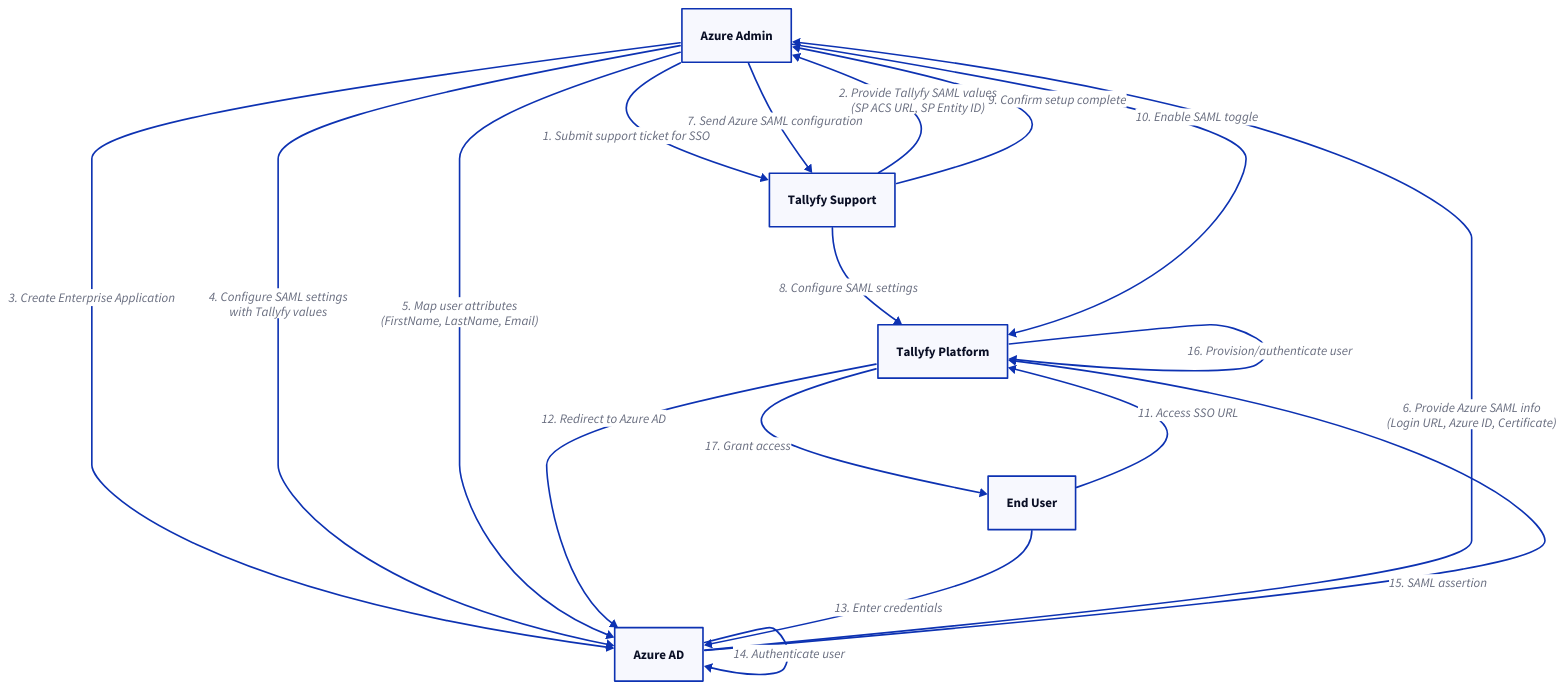
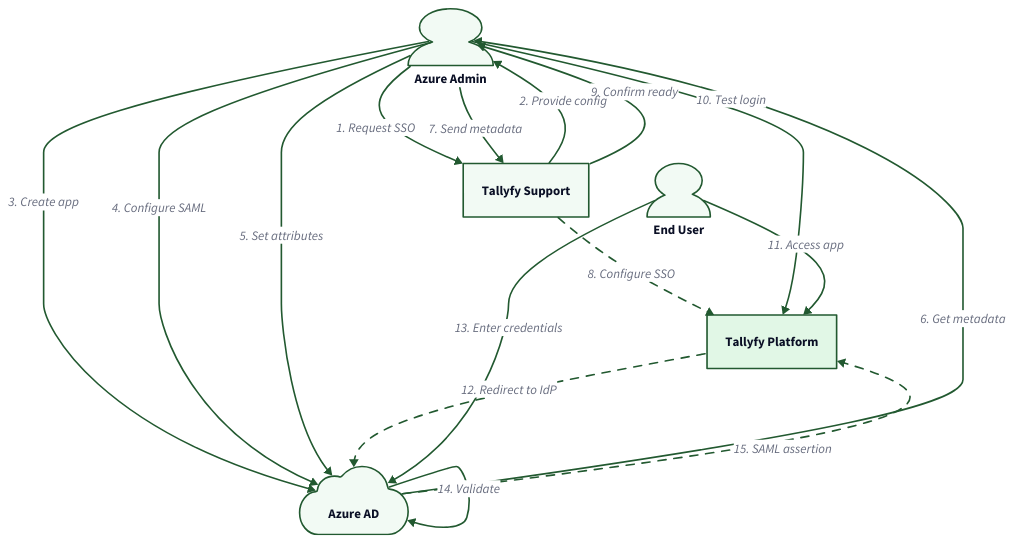
The diagram in src/content/docs/pro/integrations/authentication/how-to-integrate-azure-ad-samlsso-with-tallyfy.mdx (tallyfy/documentation), drawn with D2 before and after one commit. The commit also changed other lines of this file and 605 other files, not shown here.

````diff
--- a/src/content/docs/pro/integrations/authentication/how-to-integrate-azure-ad-samlsso-with-tallyfy.mdx
+++ b/src/content/docs/pro/integrations/authentication/how-to-integrate-azure-ad-samlsso-with-tallyfy.mdx
@@ -40,36 +41,101 @@
 ```d2
-Admin: "Admin"
-Azure: "Azure"
-Support: "Support"
-Tallyfy: "Tallyfy"
-User: "User"
-Admin: Azure Admin
-Azure: Azure AD
-Support: Tallyfy Support
-Tallyfy: Tallyfy Platform
-User: End User
+direction: down
 
-# SSO Setup Process
-Admin -> Support: "1. Submit support ticket for SSO"
-Support -> Admin: "2. Provide Tallyfy SAML values\n(SP ACS URL, SP Entity ID)"
+# Actors
+Admin: Azure Admin {
+  shape: person
+  style.fill: "#f2faf4"
+  style.stroke: "#225930"
+}
 
-Admin -> Azure: "3. Create Enterprise Application"
-Admin -> Azure: "4. Configure SAML settings\nwith Tallyfy values"
-Admin -> Azure: "5. Map user attributes\n(FirstName, LastName, Email)"
+Azure: Azure AD {
+  shape: cloud
+  style.fill: "#f2faf4"
+  style.stroke: "#225930"
+}
 
-Azure -> Admin: "6. Provide Azure SAML info\n(Login URL, Azure ID, Certificate)"
-Admin -> Support: "7. Send Azure SAML configuration"
+Support: Tallyfy Support {
+  shape: rectangle
+  style.fill: "#f2faf4"
+  style.stroke: "#225930"
+}
 
-Support -> Tallyfy: "8. Configure SAML settings"
-Support -> Admin: "9. Confirm setup complete"
-Admin -> Tallyfy: "10. Enable SAML toggle"
+Tallyfy: Tallyfy Platform {
+  shape: rectangle
+  style.fill: "#e1f7e6"
+  style.stroke: "#225930"
+  style.stroke-width: 2
+}
 
-# User Authentication Flow
-User -> Tallyfy: "11. Access SSO URL"
-Tallyfy -> Azure: "12. Redirect to Azure AD"
-User -> Azure: "13. Enter credentials"
-Azure -> Azure: "14. Authenticate user"
-Azure -> Tallyfy: "15. SAML assertion"
-Tallyfy -> Tallyfy: "16. Provision/authenticate user"
-Tallyfy -> User: "17. Grant access"
+User: End User {
+  shape: person
+  style.fill: "#f2faf4"
+  style.stroke: "#225930"
+}
+
+# Setup Flow
+Admin -> Support: 1. Request SSO {
+  style.stroke: "#225930"
+}
+
+Support -> Admin: 2. Provide config {
+  style.stroke: "#225930"
+}
+
+Admin -> Azure: 3. Create app {
+  style.stroke: "#225930"
+}
+
+Admin -> Azure: 4. Configure SAML {
+  style.stroke: "#225930"
+}
+
+Admin -> Azure: 5. Set attributes {
+  style.stroke: "#225930"
+}
+
+Azure -> Admin: 6. Get metadata {
+  style.stroke: "#225930"
+}
+
+Admin -> Support: 7. Send metadata {
+  style.stroke: "#225930"
+}
+
+Support -> Tallyfy: 8. Configure SSO {
+  style.stroke: "#225930"
+  style.animated: true
+}
+
+Support -> Admin: 9. Confirm ready {
+  style.stroke: "#225930"
+}
+
+Admin -> Tallyfy: 10. Test login {
+  style.stroke: "#225930"
+}
+
+# User Auth Flow
+User -> Tallyfy: 11. Access app {
+  style.stroke: "#225930"
+  style.stroke-width: 2
+}
+
+Tallyfy -> Azure: 12. Redirect to IdP {
+  style.stroke: "#225930"
+  style.animated: true
+}
+
+User -> Azure: 13. Enter credentials {
+  style.stroke: "#225930"
+}
+
+Azure -> Azure: 14. Validate {
+  style.stroke: "#225930"
+}
+
+Azure -> Tallyfy: 15. SAML assertion {
+  style.stroke: "#225930"
+  style.animated: true
+}
 ```
````
